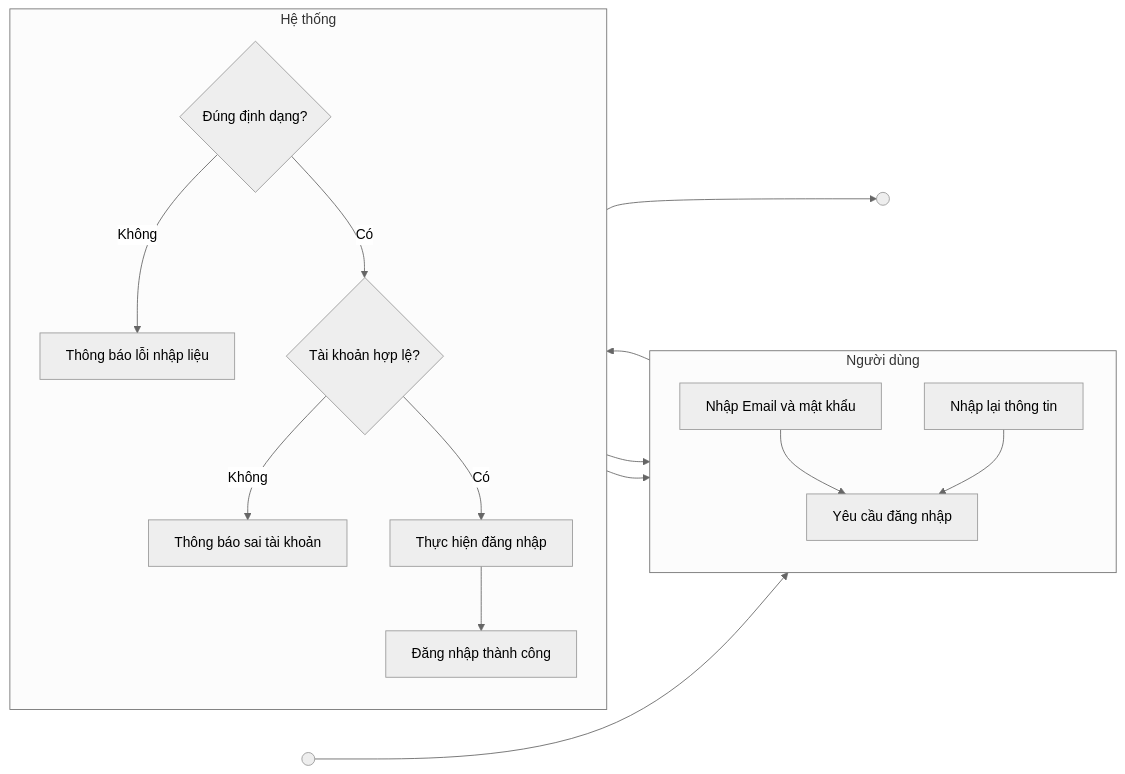
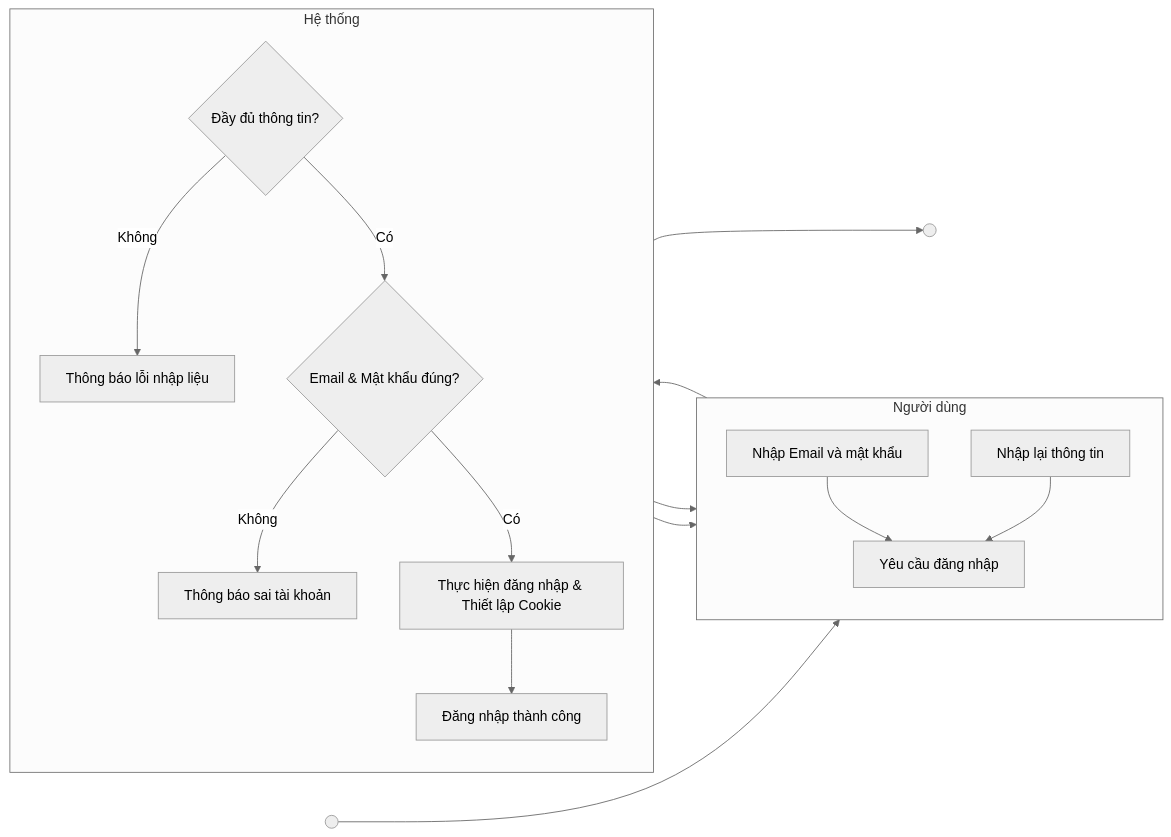
The first of 18 diagrams in documents/activity-diagrams.md (ngogiaquyen/acw-srs), drawn with Mermaid (neutral theme) before and after one commit. The commit also changed other lines of this file and 23 other files, not shown here.

````diff
--- a/documents/activity-diagrams.md
+++ b/documents/activity-diagrams.md
@@ -7,23 +7,23 @@
 ```mermaid
 flowchart LR
   subgraph ND["Người dùng"]
     direction TB
-    a1[Nhập Email và mật khẩu]
-    a2[Yêu cầu đăng nhập]
-    a3[Nhập lại thông tin]
+    a1["Nhập Email và mật khẩu"]
+    a2["Yêu cầu đăng nhập"]
+    a3["Nhập lại thông tin"]
   end
   subgraph HT["Hệ thống"]
     direction TB
-    b1{Đúng định dạng?}
-    b2[Thông báo lỗi nhập liệu]
-    b3{Tài khoản hợp lệ?}
-    b4[Thông báo sai tài khoản]
-    b5[Thực hiện đăng nhập]
-    b6[Đăng nhập thành công]
+    b1{"Đầy đủ thông tin?"}
+    b2["Thông báo lỗi nhập liệu"]
+    b3{"Email & Mật khẩu đúng?"}
+    b4["Thông báo sai tài khoản"]
+    b5["Thực hiện đăng nhập & Thiết lập Cookie"]
+    b6["Đăng nhập thành công"]
   end
   S(( )) --> a1 --> a2 --> b1
   b1 -->|Không| b2 --> a3 --> a2
   b1 -->|Có| b3
   b3 -->|Không| b4 --> a3
   b3 -->|Có| b5 --> b6 --> E(( ))
 ```
````
